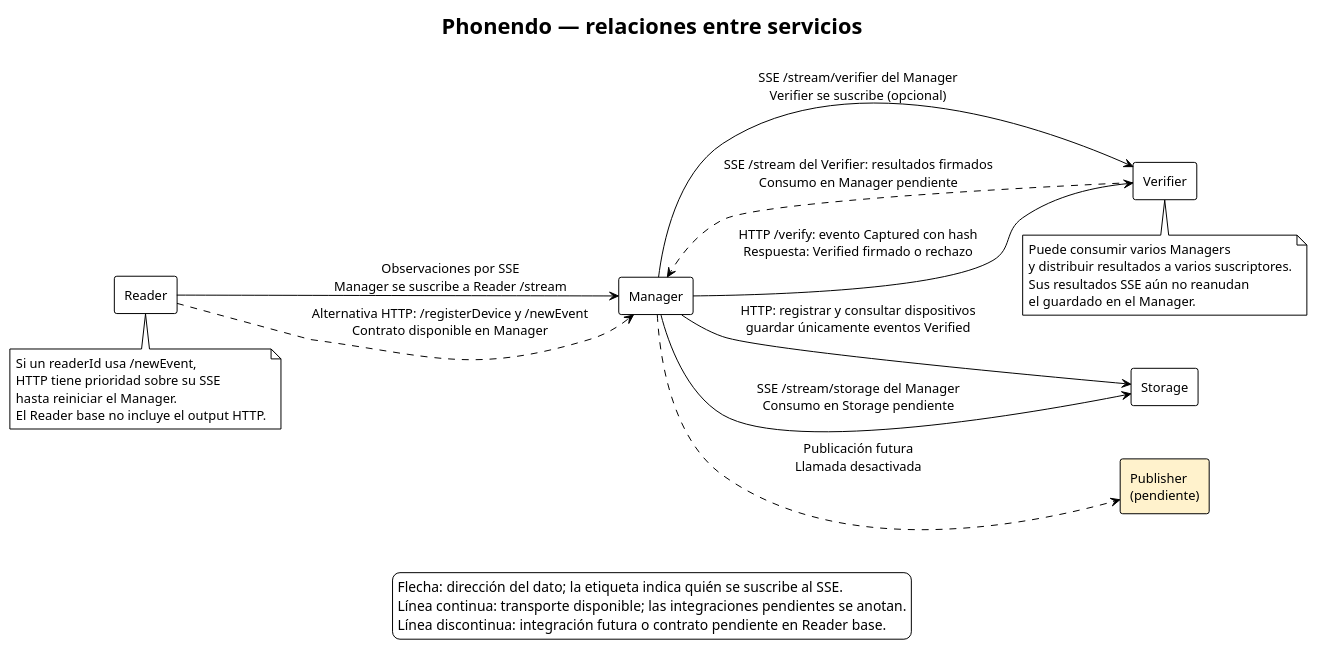
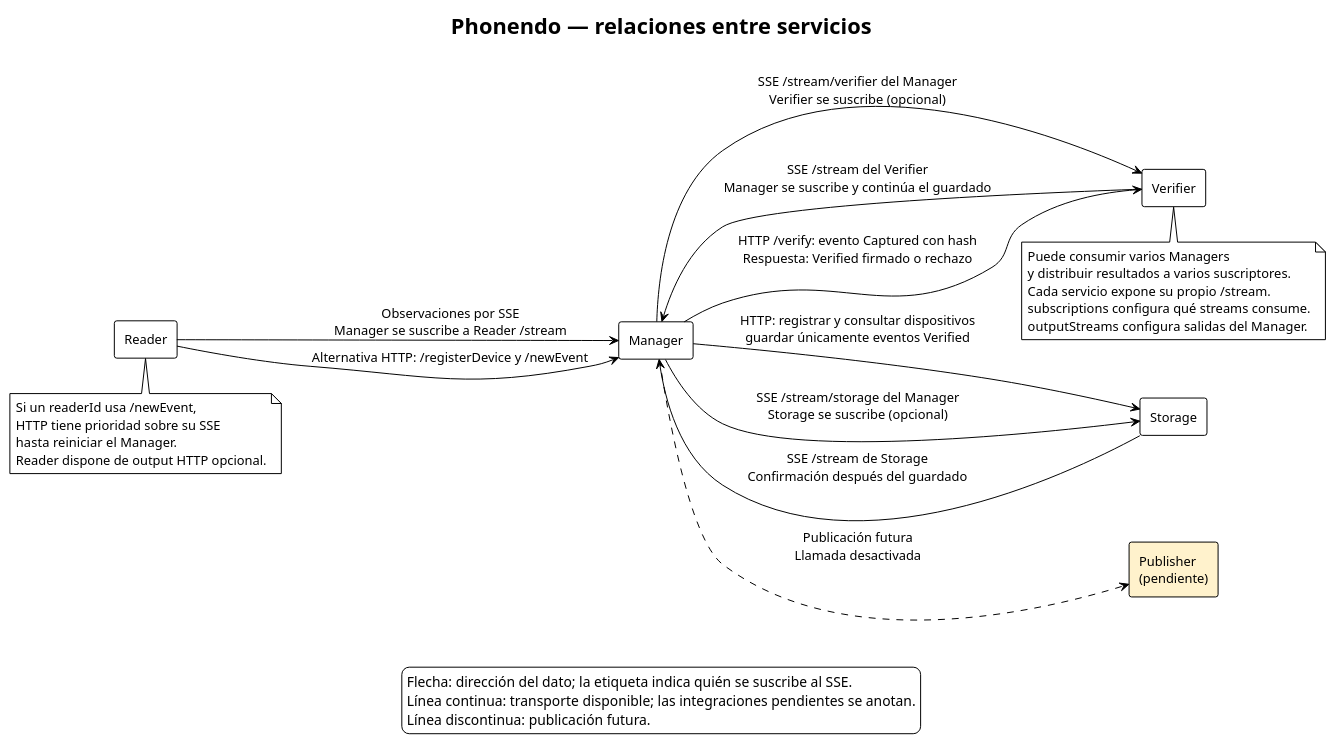
One commit to ParriCode/phonedo changed the diagram in docs/phonendo.plantuml. Above: the diagram before and after it, drawn with PlantUML. The commit also changed 57 other files, not shown here.

Commit message:
Implementación de Docker en cada uno y separación correcta entre subscripciones a streams y disposición de streams

```diff
--- a/docs/phonendo.plantuml
+++ b/docs/phonendo.plantuml
@@ -1,43 +1,45 @@
 @startuml phonendo
 !theme plain
 left to right direction
 skinparam componentStyle rectangle
 skinparam shadowing false
 skinparam defaultFontSize 13
 title Phonendo — relaciones entre servicios
 
 component Reader as R
 component Manager as M
 component Verifier as V
 component Storage as S
 component "Publisher\n(pendiente)" as P #FFF2CC
 
 R --> M : Observaciones por SSE\nManager se suscribe a Reader /stream
-R ..> M : Alternativa HTTP: /registerDevice y /newEvent\nContrato disponible en Manager
+R --> M : Alternativa HTTP: /registerDevice y /newEvent
 M --> V : HTTP /verify: evento Captured con hash\nRespuesta: Verified firmado o rechazo
 M --> V : SSE /stream/verifier del Manager\nVerifier se suscribe (opcional)
-V ..> M : SSE /stream del Verifier: resultados firmados\nConsumo en Manager pendiente
+V --> M : SSE /stream del Verifier\nManager se suscribe y continúa el guardado
 M --> S : HTTP: registrar y consultar dispositivos\nguardar únicamente eventos Verified
-M --> S : SSE /stream/storage del Manager\nConsumo en Storage pendiente
+M --> S : SSE /stream/storage del Manager\nStorage se suscribe (opcional)
+S --> M : SSE /stream de Storage\nConfirmación después del guardado
 M ..> P : Publicación futura\nLlamada desactivada
 
 note bottom of R
   Si un readerId usa /newEvent,
   HTTP tiene prioridad sobre su SSE
   hasta reiniciar el Manager.
-  El Reader base no incluye el output HTTP.
+  Reader dispone de output HTTP opcional.
 end note
 
 note bottom of V
   Puede consumir varios Managers
   y distribuir resultados a varios suscriptores.
-  Sus resultados SSE aún no reanudan
-  el guardado en el Manager.
+  Cada servicio expone su propio /stream.
+  subscriptions configura qué streams consume.
+  outputStreams configura salidas del Manager.
 end note
 
 legend bottom
   Flecha: dirección del dato; la etiqueta indica quién se suscribe al SSE.
   Línea continua: transporte disponible; las integraciones pendientes se anotan.
-  Línea discontinua: integración futura o contrato pendiente en Reader base.
+  Línea discontinua: publicación futura.
 endlegend
 @enduml
```
